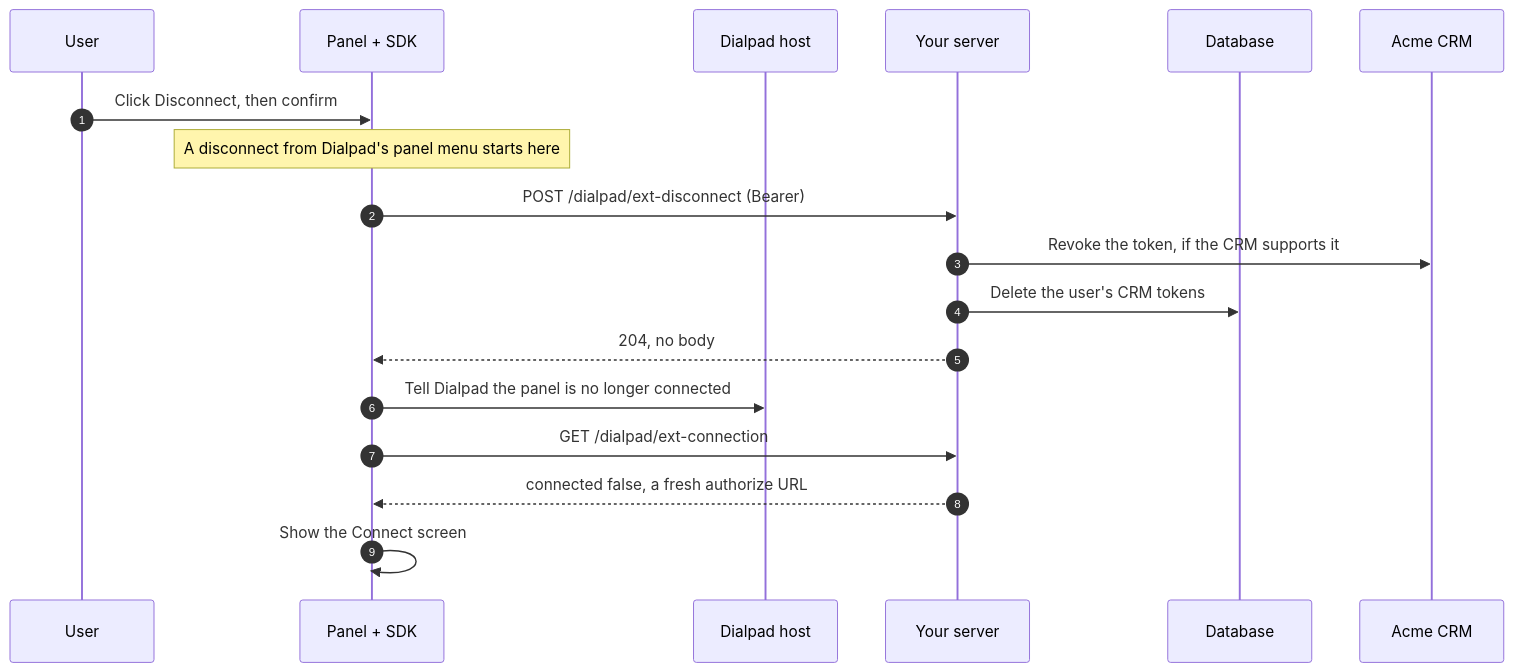
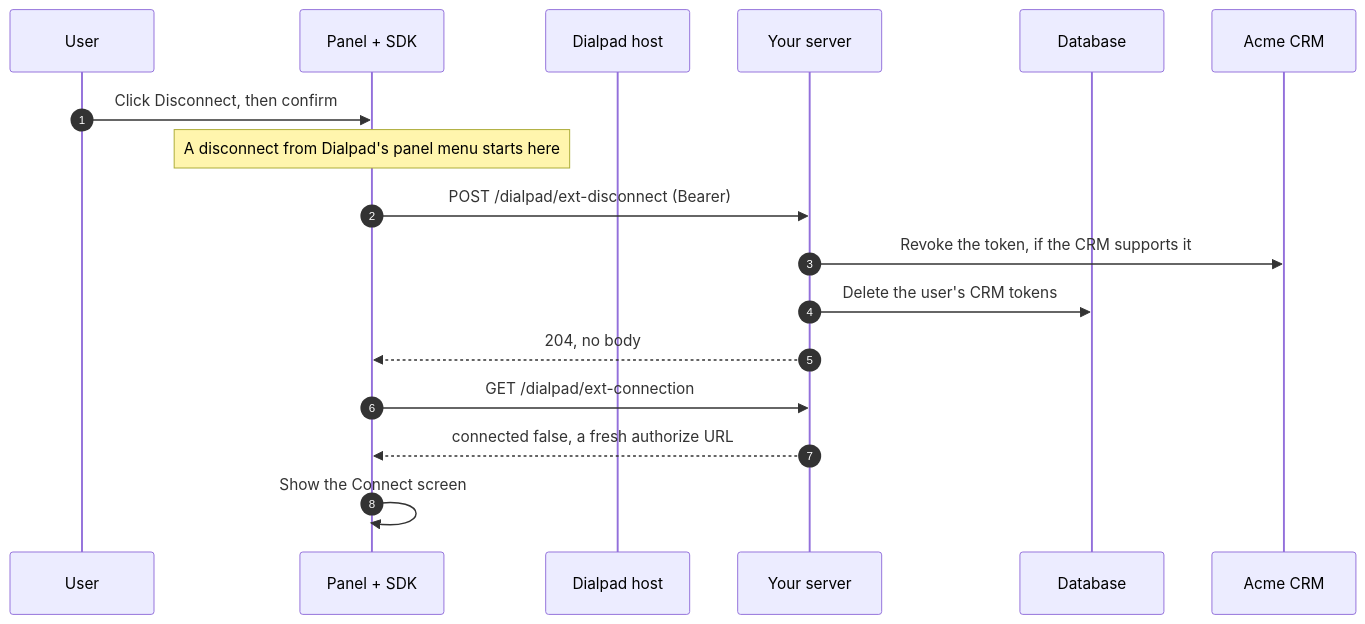
The second of 2 diagrams in guide/06-connect-to-the-crm.md (dialpad/sample-dialapp-external), drawn with Mermaid before and after one commit. The commit also changed other lines of this file and 15 other files, not shown here.

````diff
--- a/guide/06-connect-to-the-crm.md
+++ b/guide/06-connect-to-the-crm.md
@@ -140,21 +140,20 @@
 ```mermaid
 sequenceDiagram
   autonumber
   participant U as User
   participant P as Panel + SDK
   participant D as Dialpad host
   participant S as Your server
   participant DB as Database
   participant C as Acme CRM
 
   U->>P: Click Disconnect, then confirm
   Note over P: A disconnect from Dialpad's panel menu starts here
   P->>S: POST /dialpad/ext-disconnect (Bearer)
   S->>C: Revoke the token, if the CRM supports it
   S->>DB: Delete the user's CRM tokens
   S-->>P: 204, no body
-  P->>D: Tell Dialpad the panel is no longer connected
   P->>S: GET /dialpad/ext-connection
   S-->>P: connected false, a fresh authorize URL
   P->>P: Show the Connect screen
 ```
````
